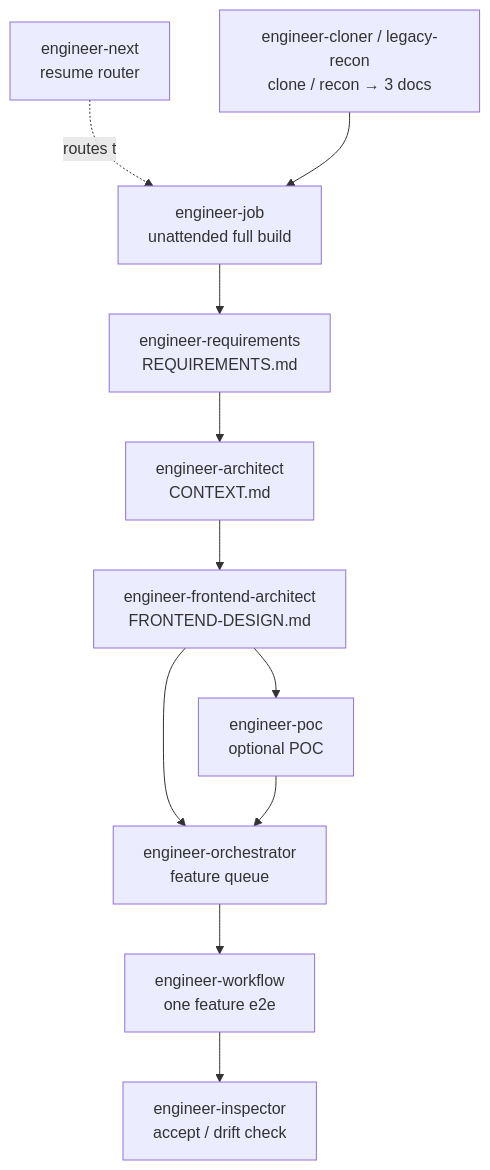
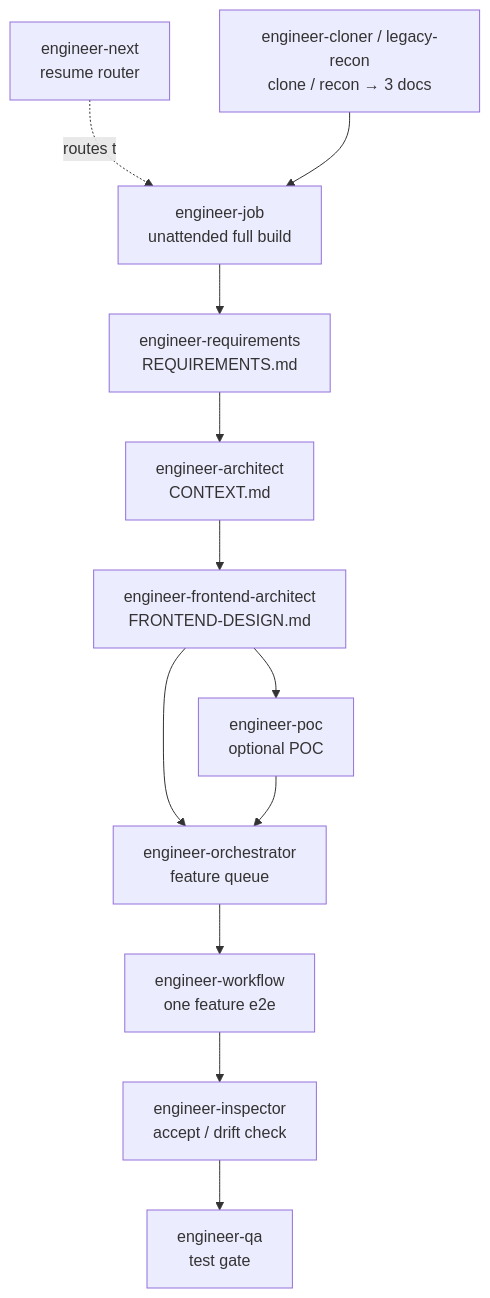
The diagram in README.md (iannil/skills), drawn with Mermaid before and after one commit. The commit also changed other lines of this file and 2 other files, not shown here.

Commit message:
docs: register engineer-qa in READMEs

````diff
--- a/README.md
+++ b/README.md
@@ -19,13 +19,14 @@
 ```mermaid
 graph TD
     J["engineer-job<br/>unattended full build"] --> REQ
     N["engineer-next<br/>resume router"] -.routes to.-> J
     CL["engineer-cloner / legacy-recon<br/>clone / recon → 3 docs"] --> J
     REQ["engineer-requirements<br/>REQUIREMENTS.md"] --> ARCH["engineer-architect<br/>CONTEXT.md"]
     ARCH --> FE["engineer-frontend-architect<br/>FRONTEND-DESIGN.md"]
     FE --> ORCH["engineer-orchestrator<br/>feature queue"]
     FE --> POC["engineer-poc<br/>optional POC"]
     POC --> ORCH
     ORCH --> WF["engineer-workflow<br/>one feature e2e"]
     WF --> INS["engineer-inspector<br/>accept / drift check"]
+    INS --> QA["engineer-qa<br/>test gate"]
 ```
````
